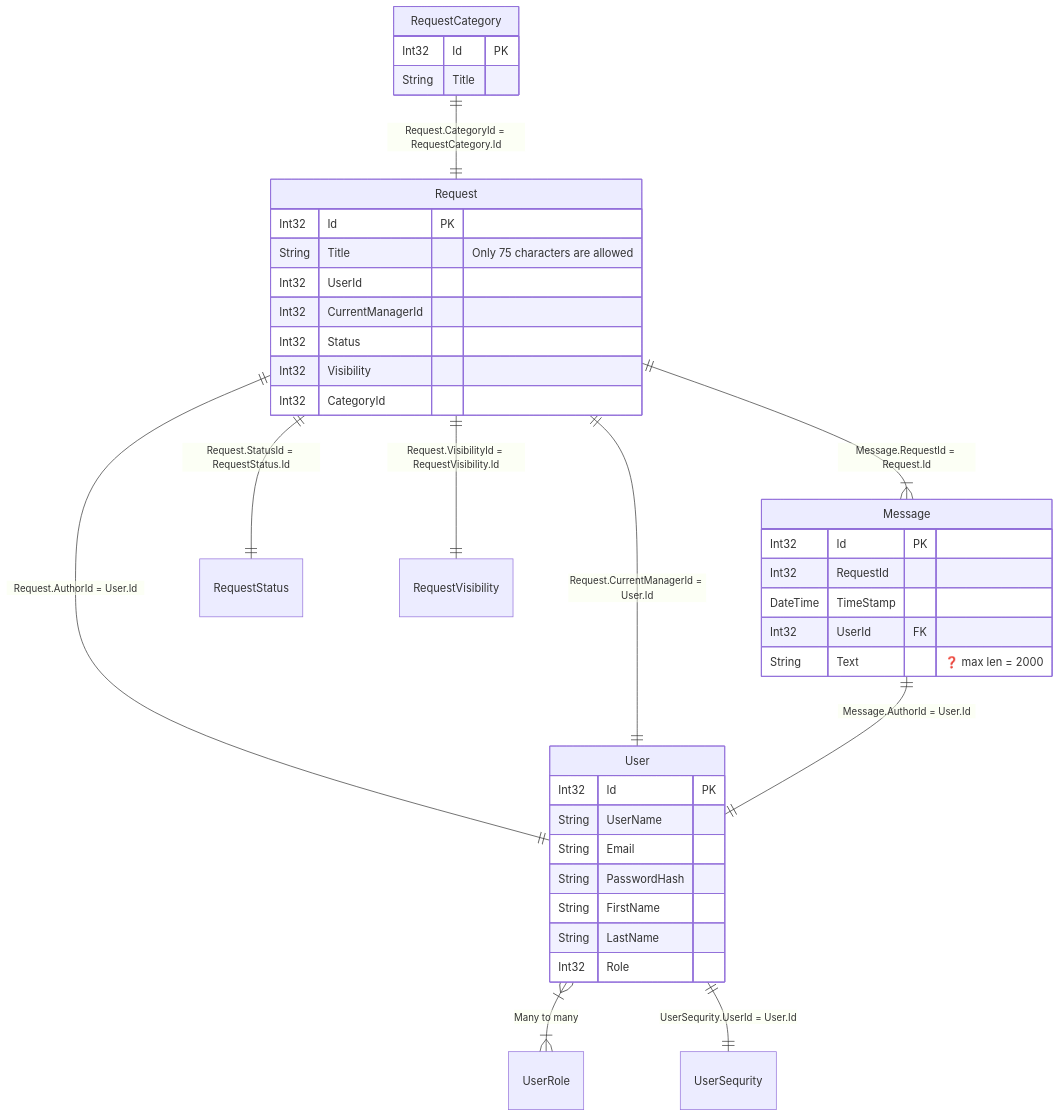
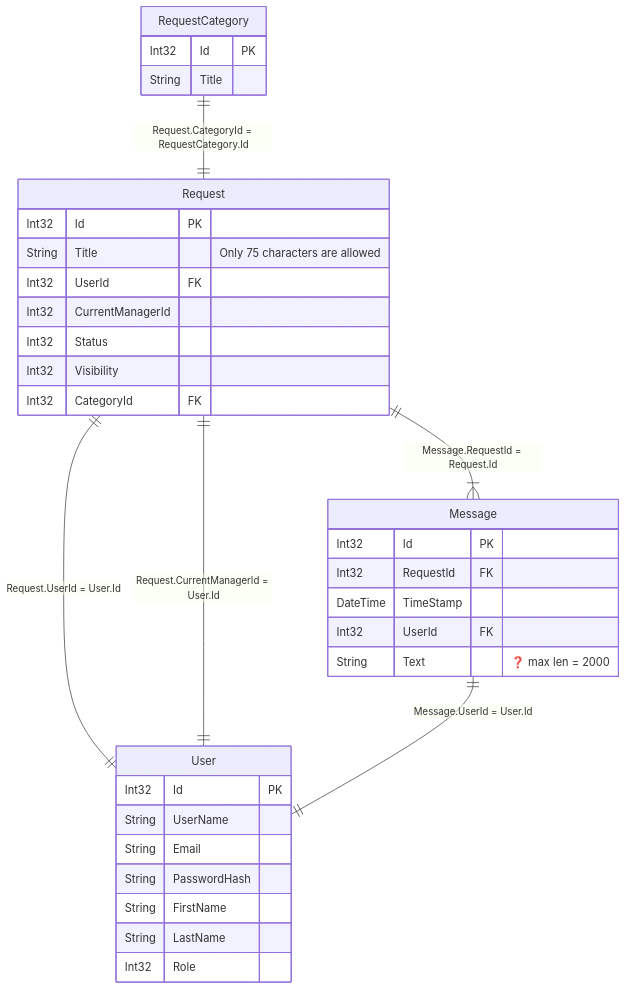
Before and after one commit to Vir2S/hillaty: the first of 2 diagrams in relation_scheme/scheme.md, drawn with Mermaid.

Commit message:
scheme fixed

````diff
--- a/relation_scheme/scheme.md
+++ b/relation_scheme/scheme.md
@@ -3,48 +3,43 @@
 ```mermaid
 erDiagram
   
   User {
     Int32 Id PK
     String UserName    
     String Email
     String PasswordHash
     String FirstName
     String LastName
     Int32 Role
   }
 
   Request {
     Int32 Id PK
     String Title "Only 75 characters are allowed"
-    Int32 UserId
+    Int32 UserId FK
     Int32 CurrentManagerId
     Int32 Status
     Int32 Visibility
-    Int32 CategoryId
+    Int32 CategoryId FK
   }
   
   RequestCategory {
     Int32 Id PK
     String Title
   }
   
   Message {
     Int32 Id PK
-    Int32 RequestId
+    Int32 RequestId FK
     DateTime TimeStamp
     Int32 UserId FK
     String Text "❓ max len = 2000"
   }
   
   RequestCategory ||--|| Request : "Request.CategoryId = RequestCategory.Id"
-  Request ||--|| RequestStatus : "Request.StatusId = RequestStatus.Id"
-  Request ||--|| RequestVisibility : "Request.VisibilityId = RequestVisibility.Id"
   Request ||--|{ Message : "Message.RequestId = Request.Id"
-  Request ||--|| User : "Request.AuthorId = User.Id"
+  Request ||--|| User : "Request.UserId = User.Id"
   Request ||--|| User : "Request.CurrentManagerId = User.Id"
   
-  Message ||--|| User : "Message.AuthorId = User.Id"
-  User }|--|{ UserRole : "Many to many"
-  User ||--|| UserSequrity : "UserSequrity.UserId = User.Id"  
-  
+  Message ||--|| User : "Message.UserId = User.Id"
 ```
````
